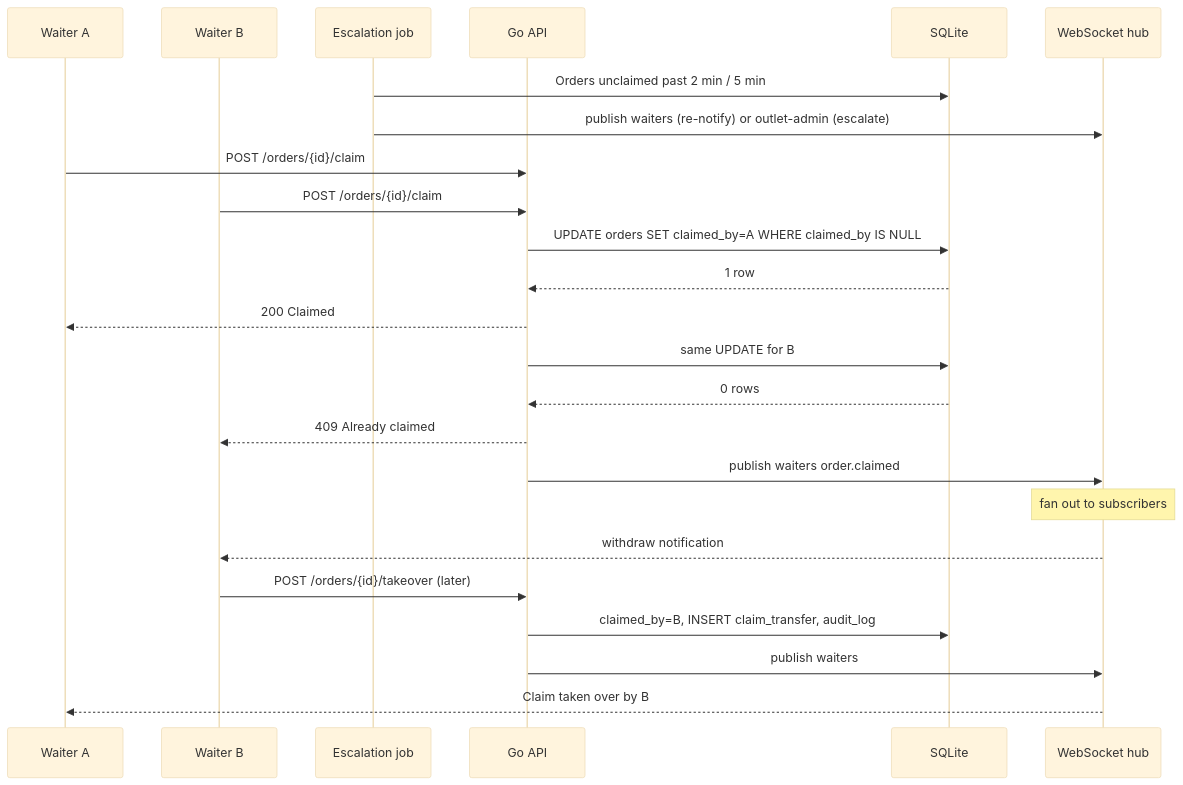
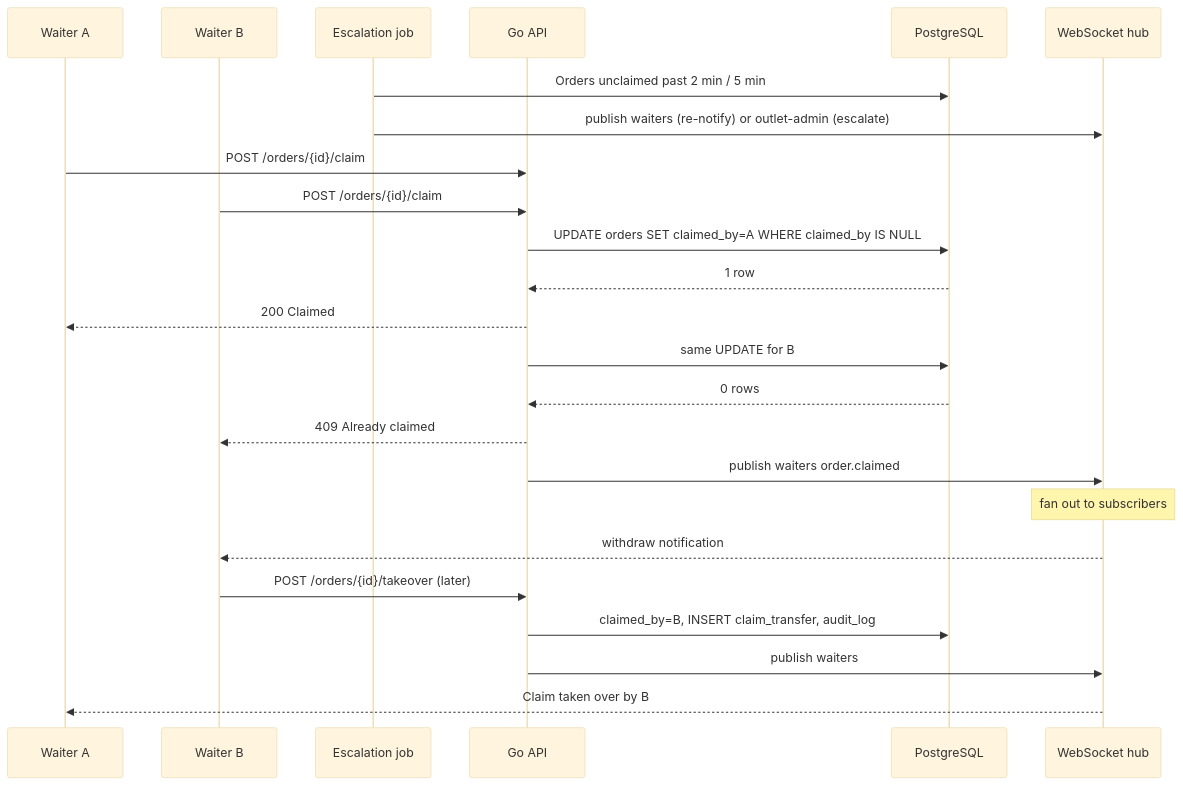
Diagram 28 of 35 in docs/OVERVIEW-AND-FLOWS.md (morpikssolutionsDev/Shusi_latte), drawn with Mermaid (base theme) before and after one commit. The commit also changed other lines of this file and 107 other files, not shown here.

````diff
--- a/docs/OVERVIEW-AND-FLOWS.md
+++ b/docs/OVERVIEW-AND-FLOWS.md
@@ -728,26 +728,26 @@
 ```mermaid
 sequenceDiagram
   participant W1 as Waiter A
   participant W2 as Waiter B
   participant J as Escalation job
   participant API as Go API
-  participant DB as SQLite
+  participant DB as PostgreSQL
   participant HUB as WebSocket hub
   J->>DB: Orders unclaimed past 2 min / 5 min
   J->>HUB: publish waiters (re-notify) or outlet-admin (escalate)
   W1->>API: POST /orders/{id}/claim
   W2->>API: POST /orders/{id}/claim
   API->>DB: UPDATE orders SET claimed_by=A WHERE claimed_by IS NULL
   DB-->>API: 1 row
   API-->>W1: 200 Claimed
   API->>DB: same UPDATE for B
   DB-->>API: 0 rows
   API-->>W2: 409 Already claimed
   API->>HUB: publish waiters order.claimed
   Note over HUB: fan out to subscribers
   HUB-->>W2: withdraw notification
   W2->>API: POST /orders/{id}/takeover (later)
   API->>DB: claimed_by=B, INSERT claim_transfer, audit_log
   API->>HUB: publish waiters
   HUB-->>W1: Claim taken over by B
 ```
````
